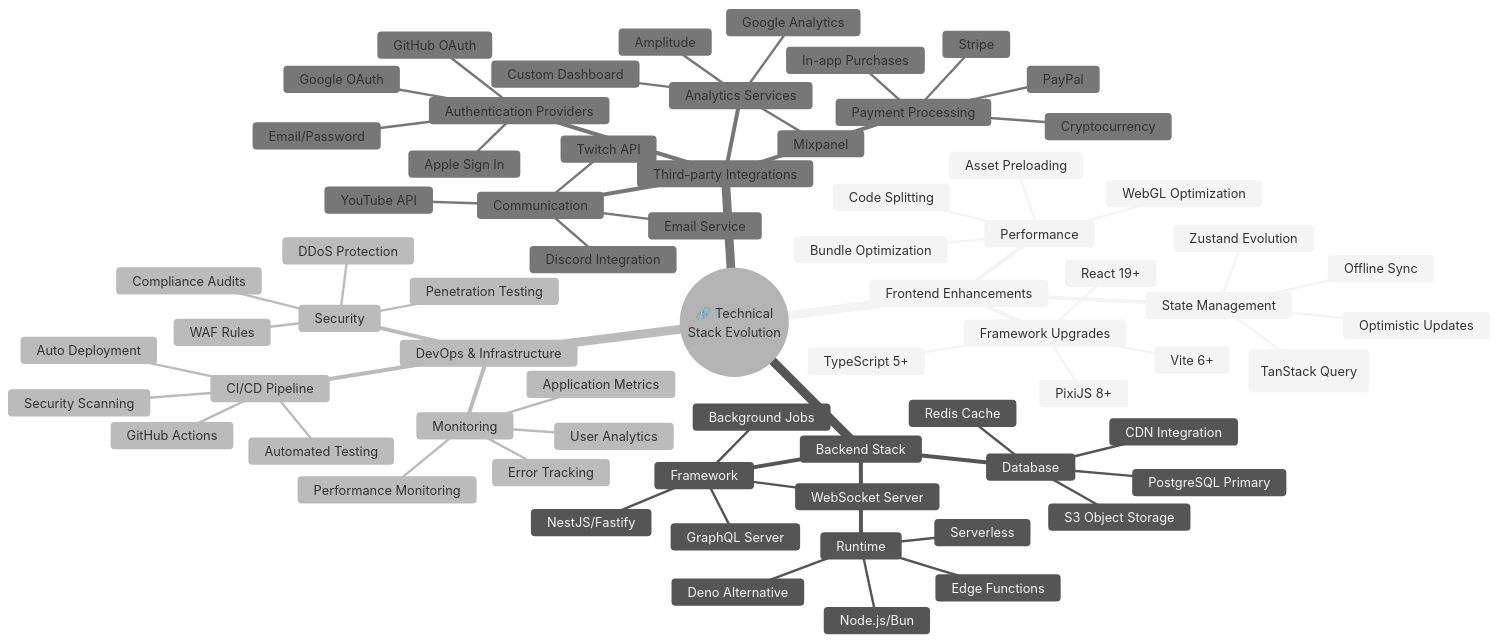
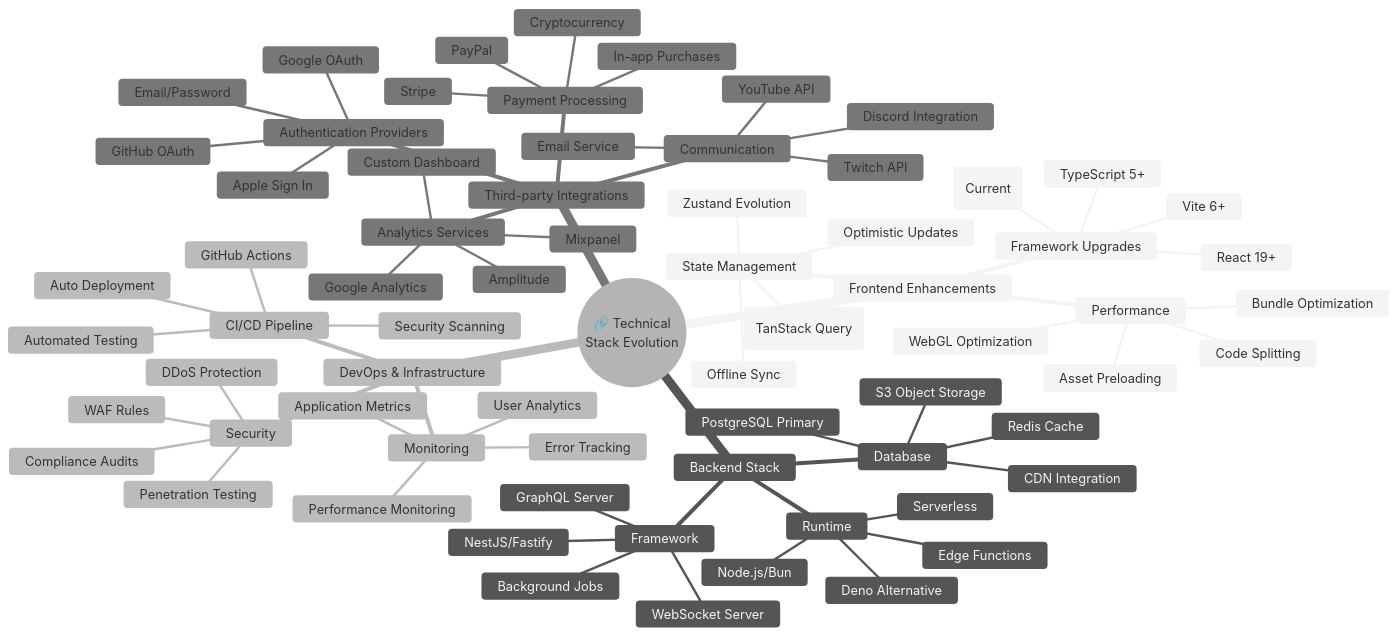
Before and after one commit to Hack23/blacktrigram: the fourth of 4 diagrams in FUTURE_MINDMAP.md, drawn with Mermaid (neutral theme). The commit also changed 7 other files, not shown here.

Commit message:
docs: Remove outdated PixiJS/2D references, update to Three.js 3D

````diff
--- a/FUTURE_MINDMAP.md
+++ b/FUTURE_MINDMAP.md
@@ -425,73 +425,73 @@
 ```mermaid
 mindmap
   root((🔗 Technical<br/>Stack Evolution))
     Frontend Enhancements
       Framework Upgrades
         React 19+
-        PixiJS 8+
+        Three.js (Current)
         TypeScript 5+
         Vite 6+
       State Management
         Zustand Evolution
         Server State (TanStack Query)
         Offline Sync
         Optimistic Updates
       Performance
         Code Splitting
         Bundle Optimization
         Asset Preloading
         WebGL Optimization
     Backend Stack
       Runtime
         Node.js/Bun
         Deno Alternative
         Edge Functions
         Serverless
       Framework
         NestJS/Fastify
         GraphQL Server
         WebSocket Server
         Background Jobs
       Database
         PostgreSQL Primary
         Redis Cache
         S3 Object Storage
         CDN Integration
     DevOps & Infrastructure
       CI/CD Pipeline
         GitHub Actions
         Automated Testing
         Security Scanning
         Auto Deployment
       Monitoring
         Application Metrics
         Error Tracking
         Performance Monitoring
         User Analytics
       Security
         WAF Rules
         DDoS Protection
         Penetration Testing
         Compliance Audits
     Third-party Integrations
       Authentication Providers
         Google OAuth
         GitHub OAuth
         Apple Sign In
         Email/Password
       Analytics Services
         Google Analytics
         Mixpanel
         Amplitude
         Custom Dashboard
       Payment Processing
         Stripe
         PayPal
         In-app Purchases
         Cryptocurrency
       Communication
         Discord Integration
         Twitch API
         YouTube API
         Email Service
 ```
````
